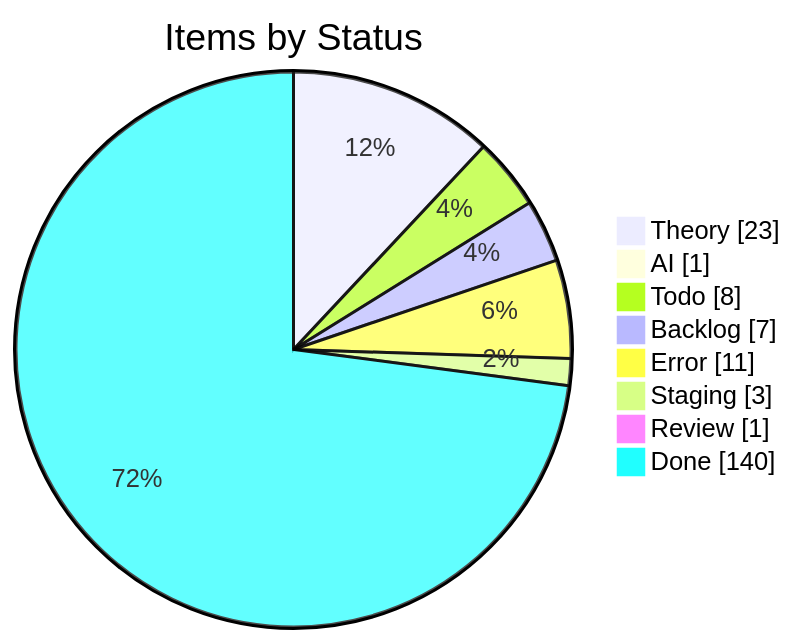
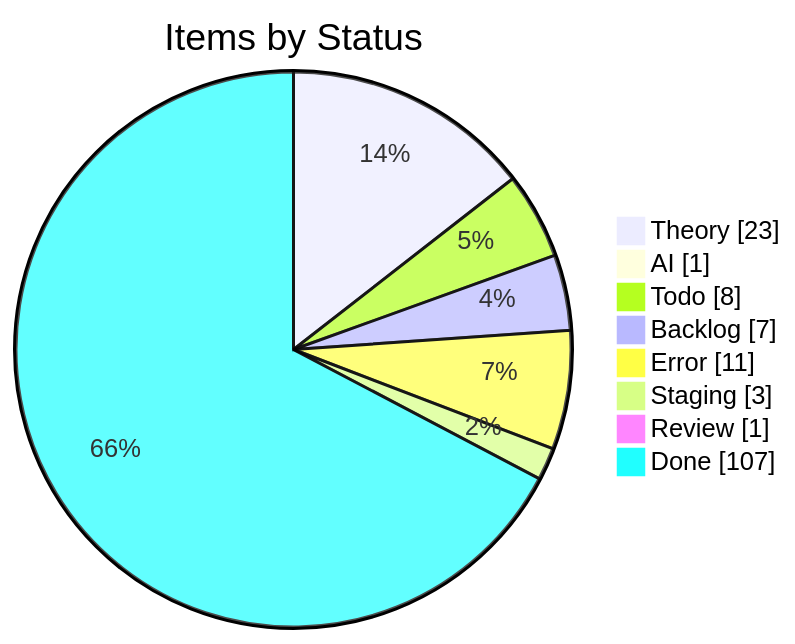
One commit to KBVE/kbve changed the first of 4 diagrams in apps/kbve/astro-kbve/src/content/docs/dashboard/kanban-data.mdx. Above: the diagram before and after it, drawn with Mermaid. The commit also changed other lines of this file and 8 other files, not shown here.

````diff
--- a/apps/kbve/astro-kbve/src/content/docs/dashboard/kanban-data.mdx
+++ b/apps/kbve/astro-kbve/src/content/docs/dashboard/kanban-data.mdx
@@ -55,12 +55,12 @@
 ```mermaid
 pie showData
     title Items by Status
     "Theory" : 23
     "AI" : 1
     "Todo" : 8
     "Backlog" : 7
     "Error" : 11
     "Staging" : 3
     "Review" : 1
-    "Done" : 140
+    "Done" : 107
 ```
````
